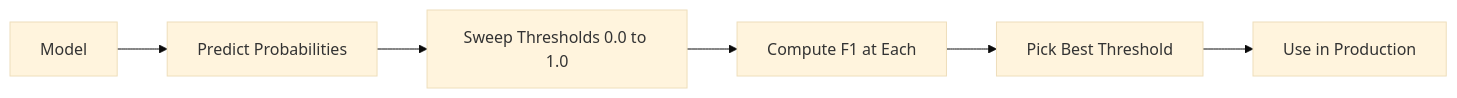
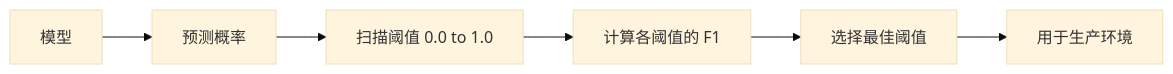
One commit to huangyue12120/Learning-Atlas changed the third of 4 diagrams in content/translations/practice/02-ml-fundamentals/17-imbalanced-data/zh.md. Above: the diagram before and after it, drawn with Mermaid (base theme). The commit also changed other lines of this file and 24 other files, not shown here.

Commit message:
fix(reader): localize Mermaid in source content

````diff
--- a/content/translations/practice/02-ml-fundamentals/17-imbalanced-data/zh.md
+++ b/content/translations/practice/02-ml-fundamentals/17-imbalanced-data/zh.md
@@ -168,8 +168,8 @@
 ```mermaid
 flowchart LR
-    A[Model] --> B[Predict Probabilities]
-    B --> C[Sweep Thresholds 0.0 to 1.0]
-    C --> D[Compute F1 at Each]
-    D --> E[Pick Best Threshold]
-    E --> F[Use in Production]
+    A[模型] --> B[预测概率]
+    B --> C[扫描阈值 0.0 to 1.0]
+    C --> D[计算各阈值的 F1]
+    D --> E[选择最佳阈值]
+    E --> F[用于生产环境]
 ```
````
